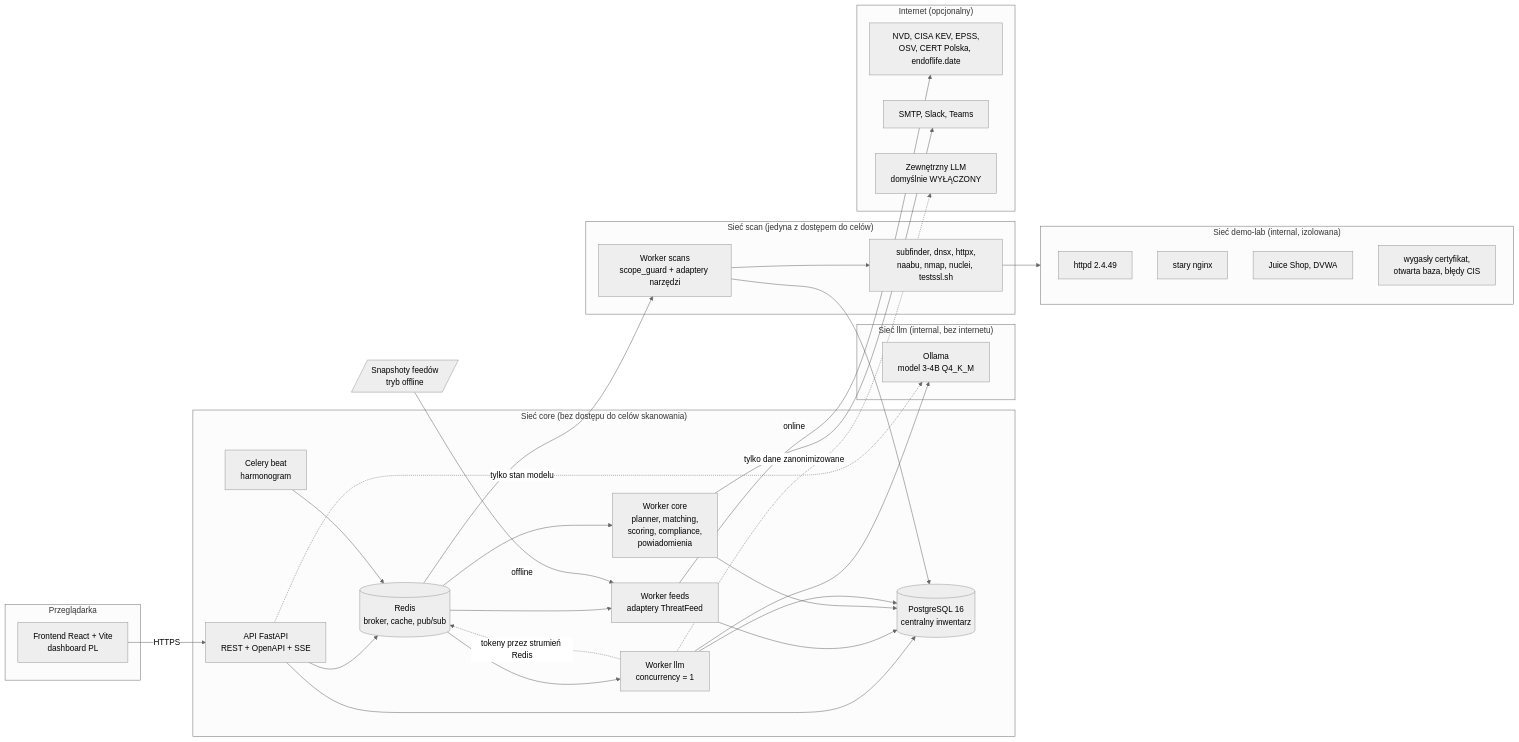
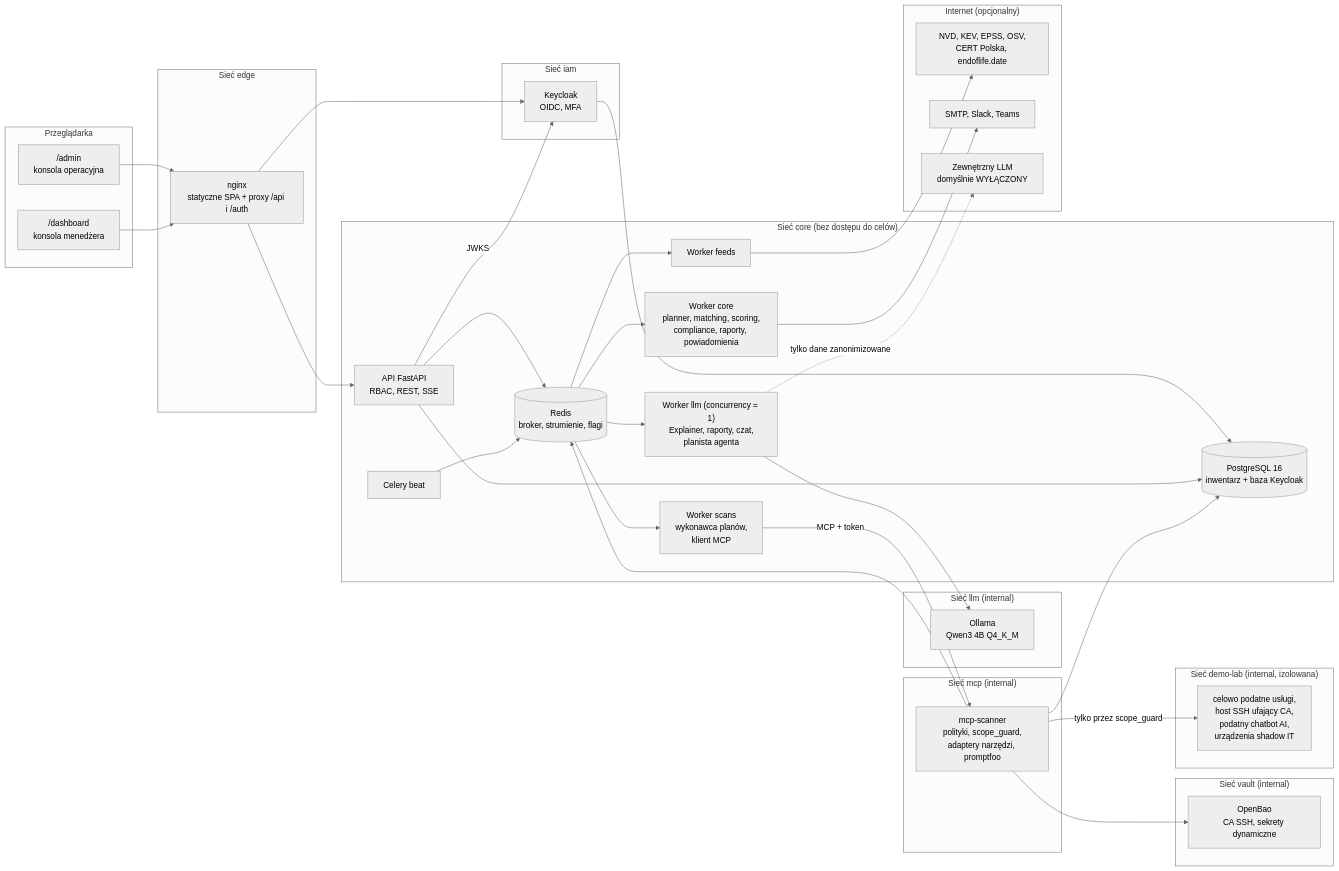
Before and after one commit to bartekmosionek12-bit/Sentinel: the first of 8 diagrams in docs/ARCHITECTURE.md, drawn with Mermaid (neutral theme). The commit also changed other lines of this file and 1 other file, not shown here.

First line of the commit message:
docs: architektura v2 pod pełną specyfikację, ROADMAP z linią cięcia

````diff
--- a/docs/ARCHITECTURE.md
+++ b/docs/ARCHITECTURE.md
@@ -47,62 +75,71 @@
 ```mermaid
 flowchart LR
     subgraph UI["Przeglądarka"]
-        FE["Frontend React + Vite<br/>dashboard PL"]
+        ADM["/admin<br/>konsola operacyjna"]
+        DSH["/dashboard<br/>konsola menedżera"]
     end
 
-    subgraph CORE["Sieć core (bez dostępu do celów skanowania)"]
-        API["API FastAPI<br/>REST + OpenAPI + SSE"]
-        DB[("PostgreSQL 16<br/>centralny inwentarz")]
-        REDIS[("Redis<br/>broker, cache, pub/sub")]
-        BEAT["Celery beat<br/>harmonogram"]
-        WFEEDS["Worker feeds<br/>adaptery ThreatFeed"]
-        WCORE["Worker core<br/>planner, matching,<br/>scoring, compliance,<br/>powiadomienia"]
-        WLLM["Worker llm<br/>concurrency = 1"]
+    subgraph EDGE["Sieć edge"]
+        PROXY["nginx<br/>statyczne SPA + proxy /api i /auth"]
     end
 
-    subgraph LLMNET["Sieć llm (internal, bez internetu)"]
-        OLLAMA["Ollama<br/>model 3-4B Q4_K_M"]
+    subgraph IAM["Sieć iam"]
+        KC["Keycloak<br/>OIDC, MFA"]
     end
 
-    subgraph SCAN["Sieć scan (jedyna z dostępem do celów)"]
-        WSCAN["Worker scans<br/>scope_guard + adaptery narzędzi"]
-        TOOLS["subfinder, dnsx, httpx,<br/>naabu, nmap, nuclei, testssl.sh"]
+    subgraph CORE["Sieć core (bez dostępu do celów)"]
+        API["API FastAPI<br/>RBAC, REST, SSE"]
+        DB[("PostgreSQL 16<br/>inwentarz + baza Keycloak")]
+        REDIS[("Redis<br/>broker, strumienie, flagi")]
+        BEAT["Celery beat"]
+        WCORE["Worker core<br/>planner, matching, scoring,<br/>compliance, raporty, powiadomienia"]
+        WFEEDS["Worker feeds"]
+        WSCANS["Worker scans<br/>wykonawca planów,<br/>klient MCP"]
+        WLLM["Worker llm (concurrency = 1)<br/>Explainer, raporty, czat,<br/>planista agenta"]
+    end
+
+    subgraph LLMNET["Sieć llm (internal)"]
+        OLLAMA["Ollama<br/>Qwen3 4B Q4_K_M"]
+    end
+
+    subgraph MCPNET["Sieć mcp (internal)"]
+        MCP["mcp-scanner<br/>polityki, scope_guard,<br/>adaptery narzędzi, promptfoo"]
+    end
+
+    subgraph VAULT["Sieć vault (internal)"]
+        BAO["OpenBao<br/>CA SSH, sekrety dynamiczne"]
     end
 
     subgraph LAB["Sieć demo-lab (internal, izolowana)"]
-        L1["httpd 2.4.49"]
-        L2["stary nginx"]
-        L3["Juice Shop, DVWA"]
-        L4["wygasły certyfikat,<br/>otwarta baza, błędy CIS"]
+        TARGETS["celowo podatne usługi,<br/>host SSH ufający CA,<br/>podatny chatbot AI,<br/>urządzenia shadow IT"]
     end
 
     subgraph EXT["Internet (opcjonalny)"]
-        FEEDS["NVD, CISA KEV, EPSS,<br/>OSV, CERT Polska, endoflife.date"]
+        FEEDS["NVD, KEV, EPSS, OSV,<br/>CERT Polska, endoflife.date"]
         NOTIF["SMTP, Slack, Teams"]
         EXTLLM["Zewnętrzny LLM<br/>domyślnie WYŁĄCZONY"]
     end
 
-    SNAP[/"Snapshoty feedów<br/>tryb offline"/]
-
-    FE -->|HTTPS| API
+    ADM --> PROXY
+    DSH --> PROXY
+    PROXY --> API
+    PROXY --> KC
+    API -->|JWKS| KC
+    KC --> DB
     API --> DB
     API --> REDIS
+    REDIS --> WCORE
+    REDIS --> WFEEDS
+    REDIS --> WSCANS
+    REDIS --> WLLM
     BEAT --> REDIS
-    REDIS --> WFEEDS
-    REDIS --> WCORE
-    REDIS --> WLLM
-    REDIS --> WSCAN
-    WFEEDS --> DB
-    WCORE --> DB
-    WLLM --> DB
-    WSCAN --> DB
     WLLM --> OLLAMA
-    WLLM -. tokeny przez strumień Redis .-> REDIS
-    API -. tylko stan modelu .-> OLLAMA
-    WSCAN --> TOOLS
-    TOOLS --> LAB
-    WFEEDS -->|online| FEEDS
-    SNAP -->|offline| WFEEDS
+    WSCANS -->|MCP + token| MCP
+    MCP --> DB
+    MCP --> REDIS
+    MCP --> BAO
+    MCP -->|tylko przez scope_guard| TARGETS
+    WFEEDS --> FEEDS
     WCORE --> NOTIF
     WLLM -. tylko dane zanonimizowane .-> EXTLLM
 ```
````
